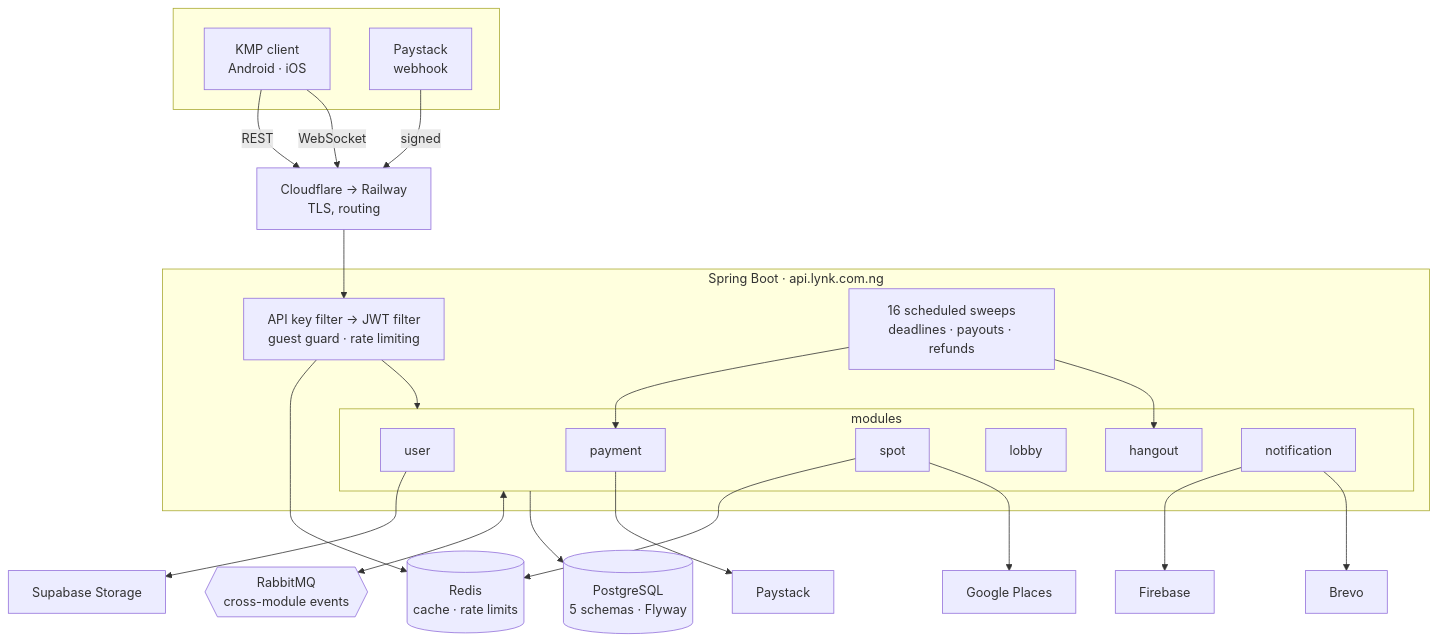
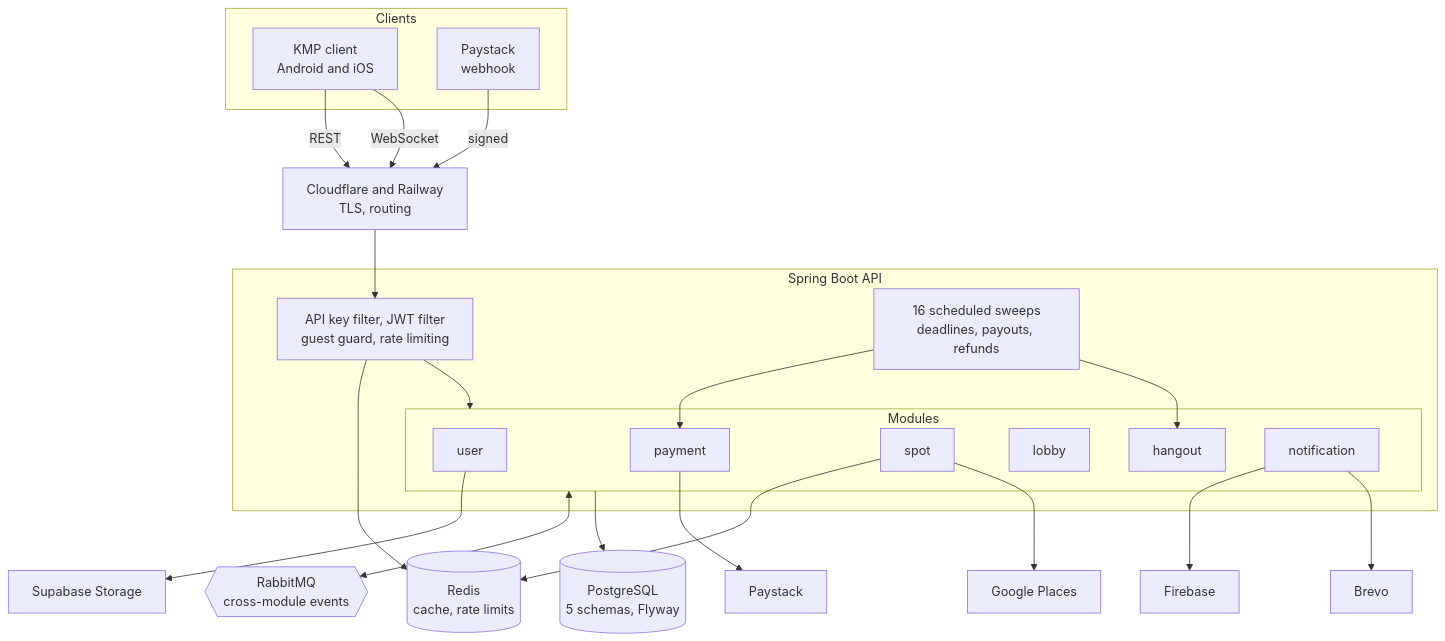
Before and after one commit to EEseka/lynk-api: the first of 4 diagrams in README.md, drawn with Mermaid. The commit also changed other lines of this file and 1 other file, not shown here.

Commit message:
docs: add README with architecture diagrams and env template

````diff
--- a/README.md
+++ b/README.md
@@ -26,51 +26,47 @@
 ```mermaid
 flowchart TB
-    subgraph clients [" "]
-        APP["KMP client<br/>Android · iOS"]
+    subgraph clients [Clients]
+        APP["KMP client<br/>Android and iOS"]
         PS_HOOK["Paystack<br/>webhook"]
     end
 
-    EDGE["Cloudflare → Railway<br/>TLS, routing"]
+    EDGE["Cloudflare and Railway<br/>TLS, routing"]
 
-    subgraph api ["Spring Boot · api.lynk.com.ng"]
-        FILTERS["API key filter → JWT filter<br/>guest guard · rate limiting"]
-        subgraph mods ["modules"]
-            USER["user"]
-            HANGOUT["hangout"]
-            SPOT["spot"]
-            LOBBY["lobby"]
-            PAYMENT["payment"]
-            NOTIF["notification"]
+    subgraph api [Spring Boot API]
+        FILTERS["API key filter, JWT filter<br/>guest guard, rate limiting"]
+        subgraph mods [Modules]
+            USER[user]
+            HANGOUT[hangout]
+            SPOT[spot]
+            LOBBY[lobby]
+            PAYMENT[payment]
+            NOTIF[notification]
         end
-        SWEEPS["16 scheduled sweeps<br/>deadlines · payouts · refunds"]
+        SWEEPS["16 scheduled sweeps<br/>deadlines, payouts, refunds"]
     end
 
     RABBIT{{"RabbitMQ<br/>cross-module events"}}
-    PG[("PostgreSQL<br/>5 schemas · Flyway")]
-    REDIS[("Redis<br/>cache · rate limits")]
-
+    PG[("PostgreSQL<br/>5 schemas, Flyway")]
+    REDIS[("Redis<br/>cache, rate limits")]
     PLACES["Google Places"]
     PAYSTACK["Paystack"]
     FCM["Firebase"]
     BREVO["Brevo"]
     STORAGE["Supabase Storage"]
-
     APP -->|REST| EDGE
     APP -->|WebSocket| EDGE
     PS_HOOK -->|signed| EDGE
     EDGE --> FILTERS
     FILTERS --> mods
     SWEEPS --> PAYMENT
     SWEEPS --> HANGOUT
-
     mods <--> RABBIT
     mods --> PG
     SPOT --> REDIS
     FILTERS --> REDIS
-
     SPOT --> PLACES
     PAYMENT --> PAYSTACK
     NOTIF --> FCM
     NOTIF --> BREVO
     USER --> STORAGE
 ```
````
